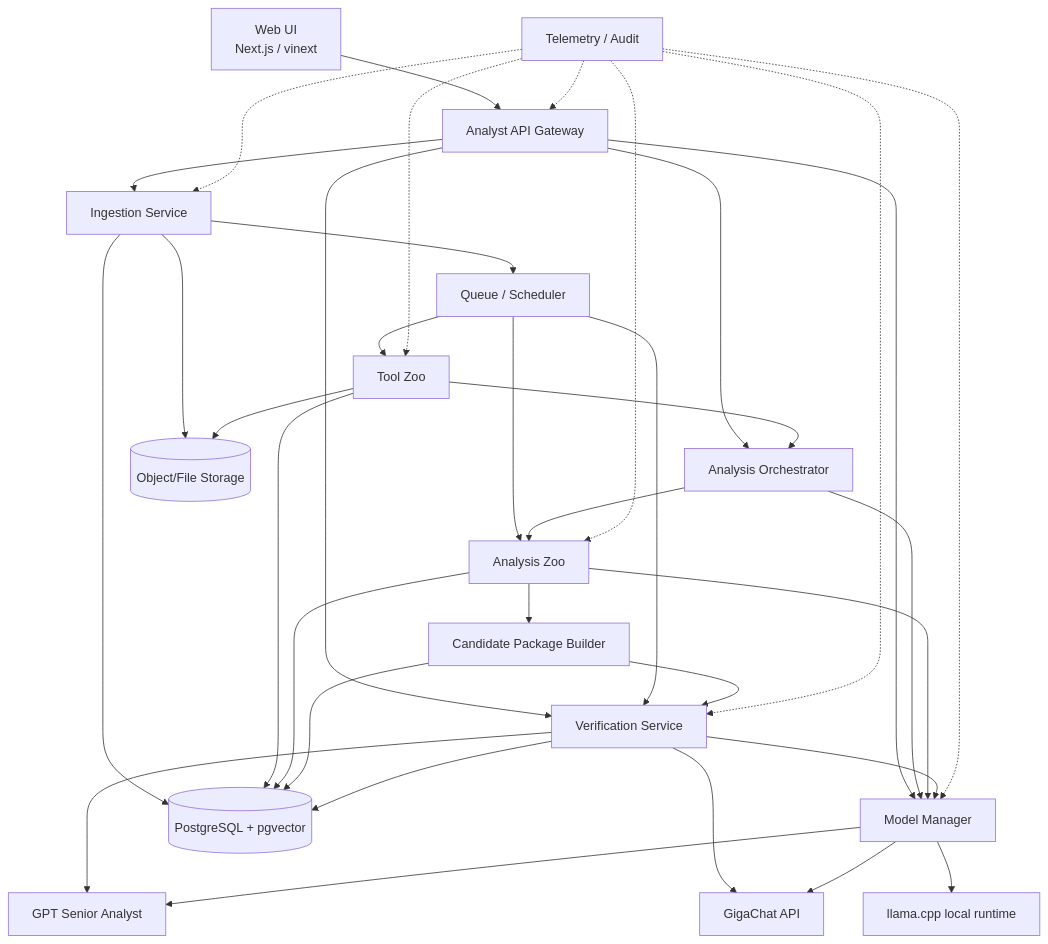
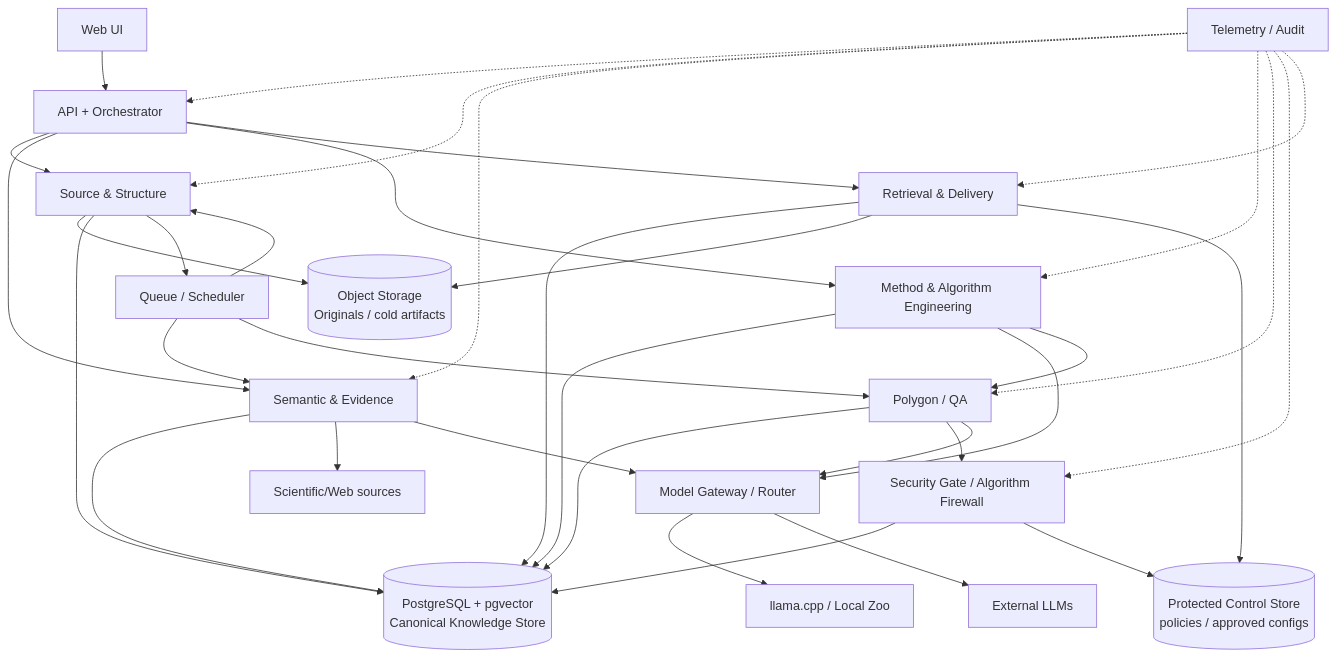
The second of 10 diagrams in DZ_17/C4_ARCHITECTURE.md (VictorKVS/Vibe-coding), drawn with Mermaid before and after one commit. The commit also changed other lines of this file, not shown here.

Commit message:
design(dz17): align C4 with Knowledge Factory data and security model

````diff
--- a/DZ_17/C4_ARCHITECTURE.md
+++ b/DZ_17/C4_ARCHITECTURE.md
@@ -80,62 +67,66 @@
 ```mermaid
 flowchart TB
-    UI[Web UI\nNext.js / vinext]
-    API[Analyst API Gateway]
-    ING[Ingestion Service]
-    ORCH[Analysis Orchestrator]
-    TOOL[Tool Zoo]
-    AZ[Analysis Zoo]
-    PKG[Candidate Package Builder]
-    VERIFY[Verification Service]
-    MM[Model Manager]
+    UI[Web UI]
+    API[API + Orchestrator]
+    SS[Source & Structure]
+    SE[Semantic & Evidence]
+    AE[Method & Algorithm Engineering]
+    POLY[Polygon / QA]
+    SEC[Security Gate / Algorithm Firewall]
+    RET[Retrieval & Delivery]
+    MM[Model Gateway / Router]
     Q[Queue / Scheduler]
     TEL[Telemetry / Audit]
-    DB[(PostgreSQL + pgvector)]
-    OBJ[(Object/File Storage)]
-    GPT[GPT Senior Analyst]
-    GIGA[GigaChat API]
-    LOCAL[llama.cpp local runtime]
+
+    DB[(PostgreSQL + pgvector\nCanonical Knowledge Store)]
+    OBJ[(Object Storage\nOriginals / cold artifacts)]
+    CTRL[(Protected Control Store\npolicies / approved configs)]
+
+    LOC[llama.cpp / Local Zoo]
+    EXT[External LLMs]
+    WEB[Scientific/Web sources]
 
     UI --> API
-    API --> ING
-    API --> ORCH
-    API --> VERIFY
-    API --> MM
+    API --> SS
+    API --> SE
+    API --> AE
+    API --> RET
 
-    ING --> OBJ
-    ING --> DB
-    ING --> Q
+    SS --> OBJ
+    SS --> DB
+    SS --> Q
 
-    Q --> TOOL
-    Q --> AZ
-    Q --> VERIFY
+    SE --> DB
+    SE --> WEB
+    SE --> MM
 
-    TOOL --> DB
-    TOOL --> OBJ
-    TOOL --> ORCH
+    AE --> DB
+    AE --> MM
+    AE --> POLY
 
-    ORCH --> AZ
-    AZ --> DB
-    AZ --> PKG
+    POLY --> DB
+    POLY --> SEC
+    POLY --> MM
 
-    PKG --> DB
-    PKG --> VERIFY
+    SEC --> DB
+    SEC --> CTRL
 
-    VERIFY --> GPT
-    VERIFY --> GIGA
-    VERIFY --> DB
+    RET --> DB
+    RET --> OBJ
+    RET --> CTRL
 
-    MM --> LOCAL
-    MM --> GIGA
-    MM --> GPT
-    ORCH --> MM
-    AZ --> MM
-    VERIFY --> MM
+    MM --> LOC
+    MM --> EXT
+
+    Q --> SS
+    Q --> SE
+    Q --> POLY
 
     TEL -.-> API
-    TEL -.-> ING
-    TEL -.-> TOOL
-    TEL -.-> AZ
-    TEL -.-> VERIFY
-    TEL -.-> MM
+    TEL -.-> SS
+    TEL -.-> SE
+    TEL -.-> AE
+    TEL -.-> POLY
+    TEL -.-> SEC
+    TEL -.-> RET
 ```
````
